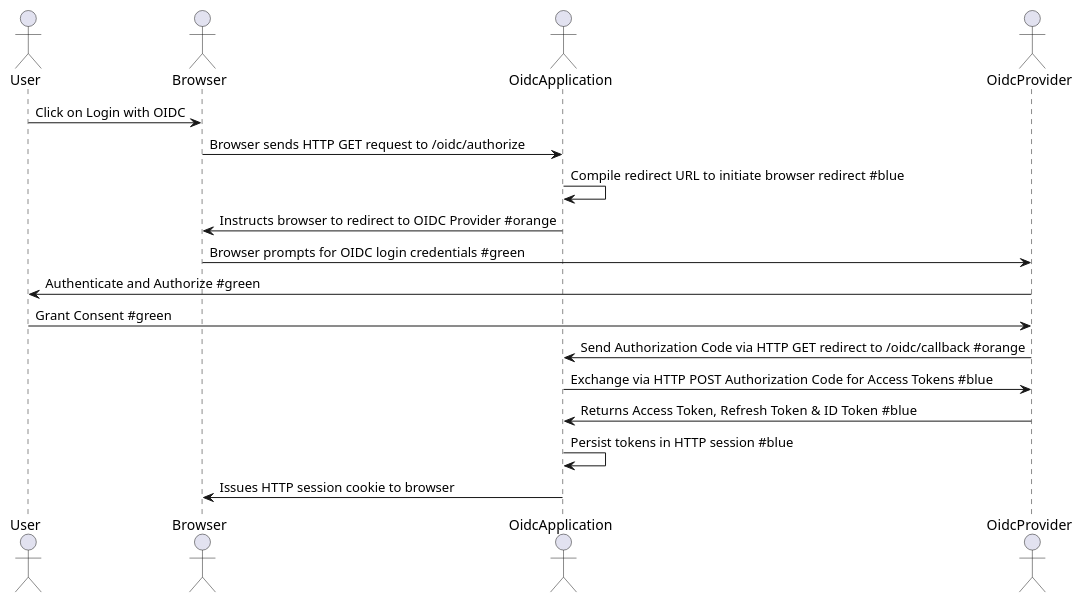
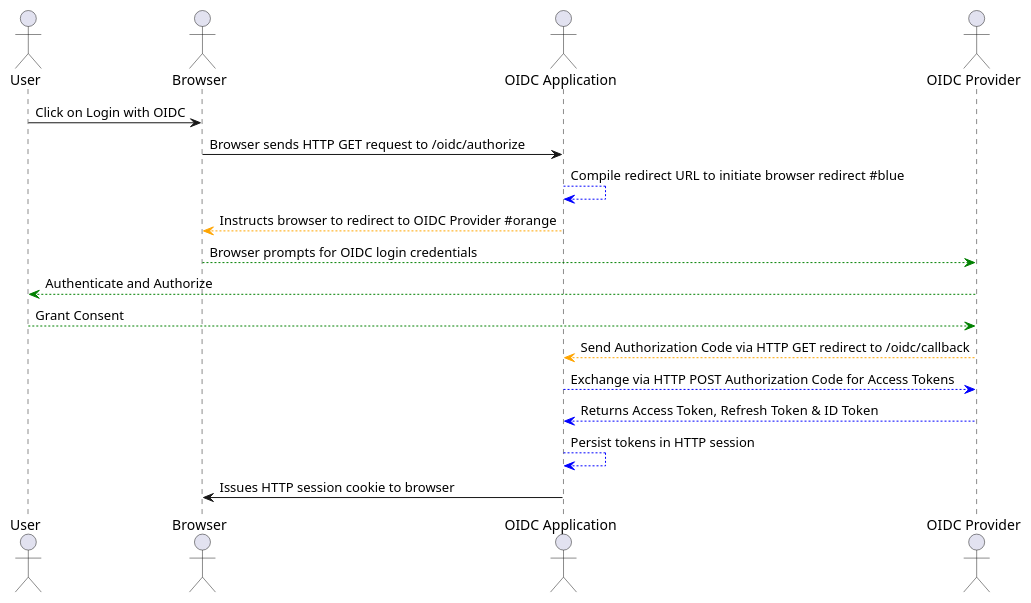
One commit to jeanbritz/keycloak-playground changed the diagram in docs/uml/initial-oidc-flow.plantuml. Above: the diagram before and after it, drawn with PlantUML.

Commit message:
Correct colouring on PlantUML diagram

```diff
--- a/docs/uml/initial-oidc-flow.plantuml
+++ b/docs/uml/initial-oidc-flow.plantuml
@@ -1,19 +1,20 @@
 @startuml
 actor User
 actor Browser
-actor OidcApplication
-actor OidcProvider
+actor "OIDC Application" as OidcApplication
+actor "OIDC Provider" as OidcProvider
+
 
 User -> Browser : Click on Login with OIDC
 Browser -> OidcApplication : Browser sends HTTP GET request to /oidc/authorize
-OidcApplication -> OidcApplication: Compile redirect URL to initiate browser redirect #blue
-Browser <- OidcApplication: Instructs browser to redirect to OIDC Provider #orange
-Browser -> OidcProvider: Browser prompts for OIDC login credentials #green
-User <- OidcProvider : Authenticate and Authorize #green
-User -> OidcProvider : Grant Consent #green
-OidcApplication <- OidcProvider : Send Authorization Code via HTTP GET redirect to /oidc/callback #orange
-OidcApplication -> OidcProvider : Exchange via HTTP POST Authorization Code for Access Tokens #blue
-OidcApplication <- OidcProvider : Returns Access Token, Refresh Token & ID Token #blue
-OidcApplication -> OidcApplication : Persist tokens in HTTP session #blue
+OidcApplication -[#blue]-> OidcApplication: Compile redirect URL to initiate browser redirect #blue
+Browser <-[#orange]- OidcApplication: Instructs browser to redirect to OIDC Provider #orange
+Browser -[#green]-> OidcProvider: Browser prompts for OIDC login credentials
+User <-[#green]- OidcProvider : Authenticate and Authorize
+User -[#green]-> OidcProvider : Grant Consent
+OidcApplication <-[#orange]- OidcProvider : Send Authorization Code via HTTP GET redirect to /oidc/callback
+OidcApplication -[#blue]-> OidcProvider : Exchange via HTTP POST Authorization Code for Access Tokens
+OidcApplication <-[#blue]- OidcProvider : Returns Access Token, Refresh Token & ID Token
+OidcApplication -[#blue]-> OidcApplication : Persist tokens in HTTP session
 Browser <- OidcApplication : Issues HTTP session cookie to browser
 @enduml
```
